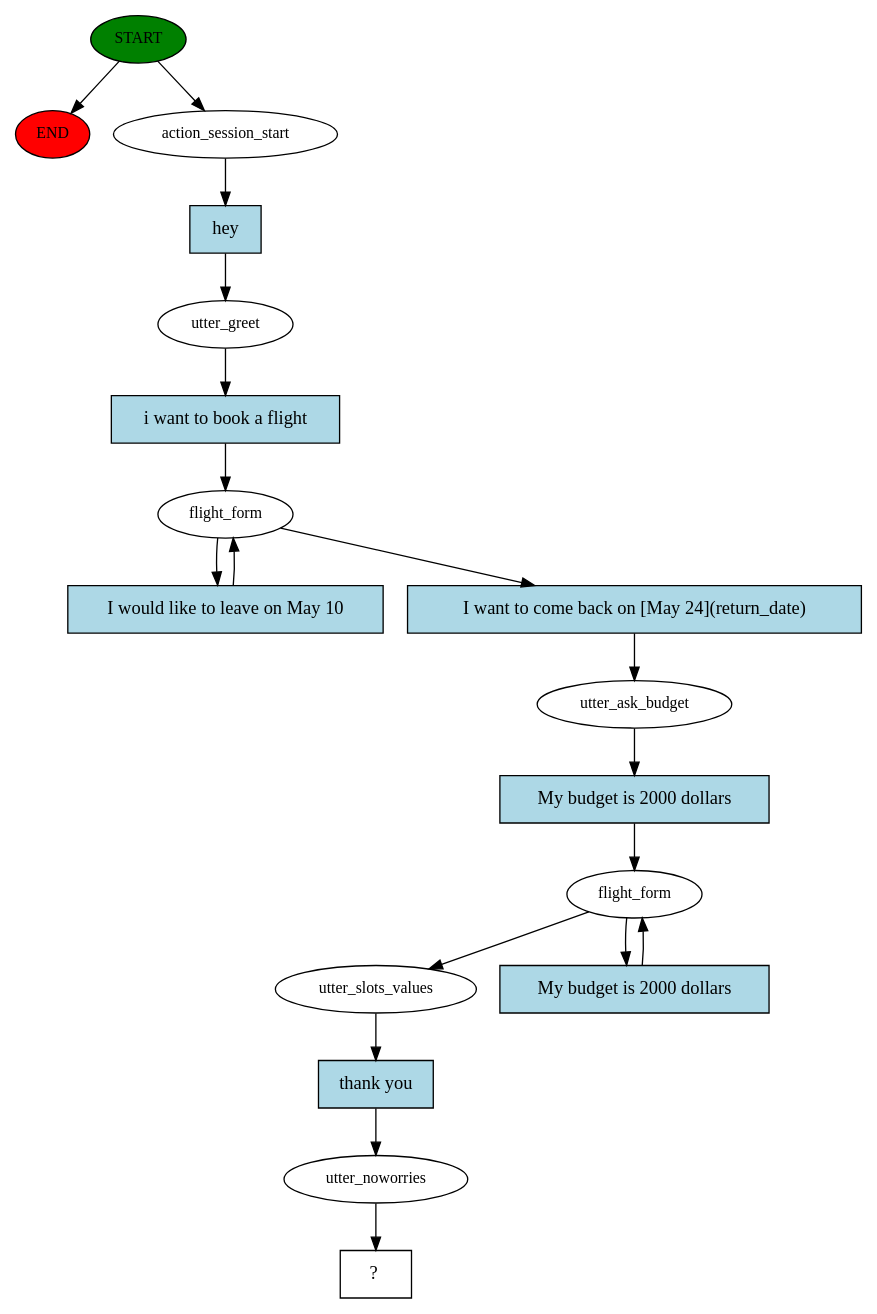
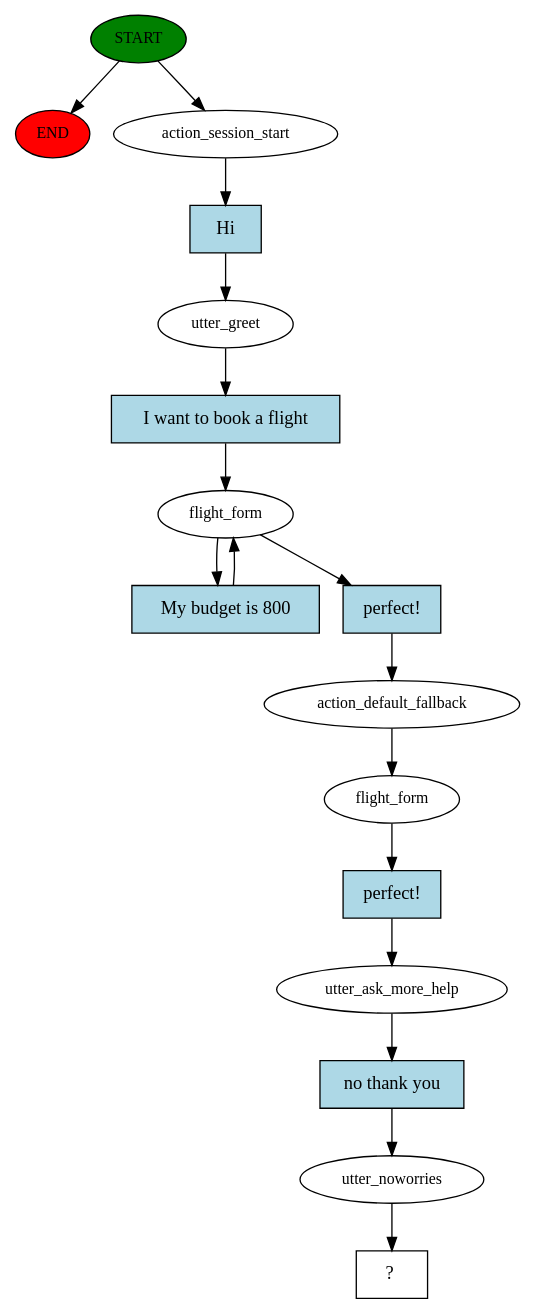
Before and after one commit to georgethoraninh/travel_chatbot: the diagram in rasa_bot/story_graph.dot, drawn with Graphviz. The commit also changed 6 other files, not shown here.

```diff
--- a/rasa_bot/story_graph.dot
+++ b/rasa_bot/story_graph.dot
@@ -1,37 +1,34 @@
 digraph  {
 0 [class="start active", fillcolor=green, fontsize=12, label=START, style=filled];
 "-1" [class=end, fillcolor=red, fontsize=12, label=END, style=filled];
 1 [class=active, fontsize=12, label=action_session_start];
 2 [class=active, fontsize=12, label=utter_greet];
 3 [class=active, fontsize=12, label=flight_form];
-7 [class=active, fontsize=12, label=utter_ask_budget];
-8 [class=active, fontsize=12, label=flight_form];
-11 [class=active, fontsize=12, label=utter_slots_values];
+9 [class=active, fontsize=12, label=action_default_fallback];
+10 [class=active, fontsize=12, label=flight_form];
+11 [class=active, fontsize=12, label=utter_ask_more_help];
 12 [class=active, fontsize=12, label=utter_noworries];
 13 [class="intent dashed active", label="  ?  ", shape=rect];
-14 [class="intent active", fillcolor=lightblue, label=hey, shape=rect, style=filled];
-15 [class="intent active", fillcolor=lightblue, label="i want to book a flight", shape=rect, style=filled];
-16 [class="intent active", fillcolor=lightblue, label="I would like to leave on May 10", shape=rect, style=filled];
-17 [class="intent active", fillcolor=lightblue, label="I want to come back on [May 24](return_date)", shape=rect, style=filled];
-18 [class="intent active", fillcolor=lightblue, label="My budget is 2000 dollars", shape=rect, style=filled];
-19 [class="intent active", fillcolor=lightblue, label="My budget is 2000 dollars", shape=rect, style=filled];
-20 [class="intent active", fillcolor=lightblue, label="thank you", shape=rect, style=filled];
+14 [class="intent active", fillcolor=lightblue, label=Hi, shape=rect, style=filled];
+15 [class="intent active", fillcolor=lightblue, label="I want to book a flight", shape=rect, style=filled];
+16 [class="intent active", fillcolor=lightblue, label="My budget is 800", shape=rect, style=filled];
+17 [class="intent active", fillcolor=lightblue, label="perfect!", shape=rect, style=filled];
+18 [class="intent active", fillcolor=lightblue, label="perfect!", shape=rect, style=filled];
+19 [class="intent active", fillcolor=lightblue, label="no thank you", shape=rect, style=filled];
 0 -> "-1"  [class="", key=NONE, label=""];
 0 -> 1  [class=active, key=NONE, label=""];
 1 -> 14  [class=active, key=0];
 2 -> 15  [class=active, key=0];
 3 -> 16  [class=active, key=0];
 3 -> 17  [class=active, key=0];
-7 -> 18  [class=active, key=0];
-8 -> 11  [class=active, key=NONE, label=""];
-8 -> 19  [class=active, key=0];
-11 -> 20  [class=active, key=0];
+9 -> 10  [class=active, key=NONE, label=""];
+10 -> 18  [class=active, key=0];
+11 -> 19  [class=active, key=0];
 12 -> 13  [class=active, key=NONE, label=""];
 14 -> 2  [class=active, key=0];
 15 -> 3  [class=active, key=0];
 16 -> 3  [class=active, key=0];
-17 -> 7  [class=active, key=0];
-18 -> 8  [class=active, key=0];
-19 -> 8  [class=active, key=0];
-20 -> 12  [class=active, key=0];
+17 -> 9  [class=active, key=0];
+18 -> 11  [class=active, key=0];
+19 -> 12  [class=active, key=0];
 }
```
